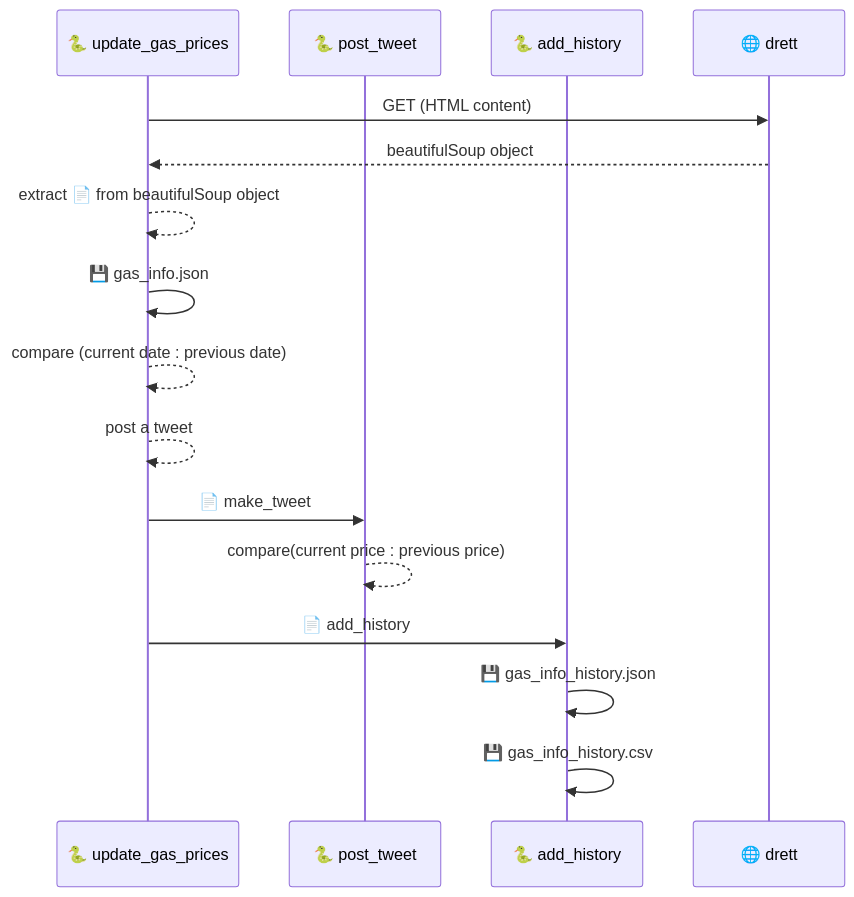
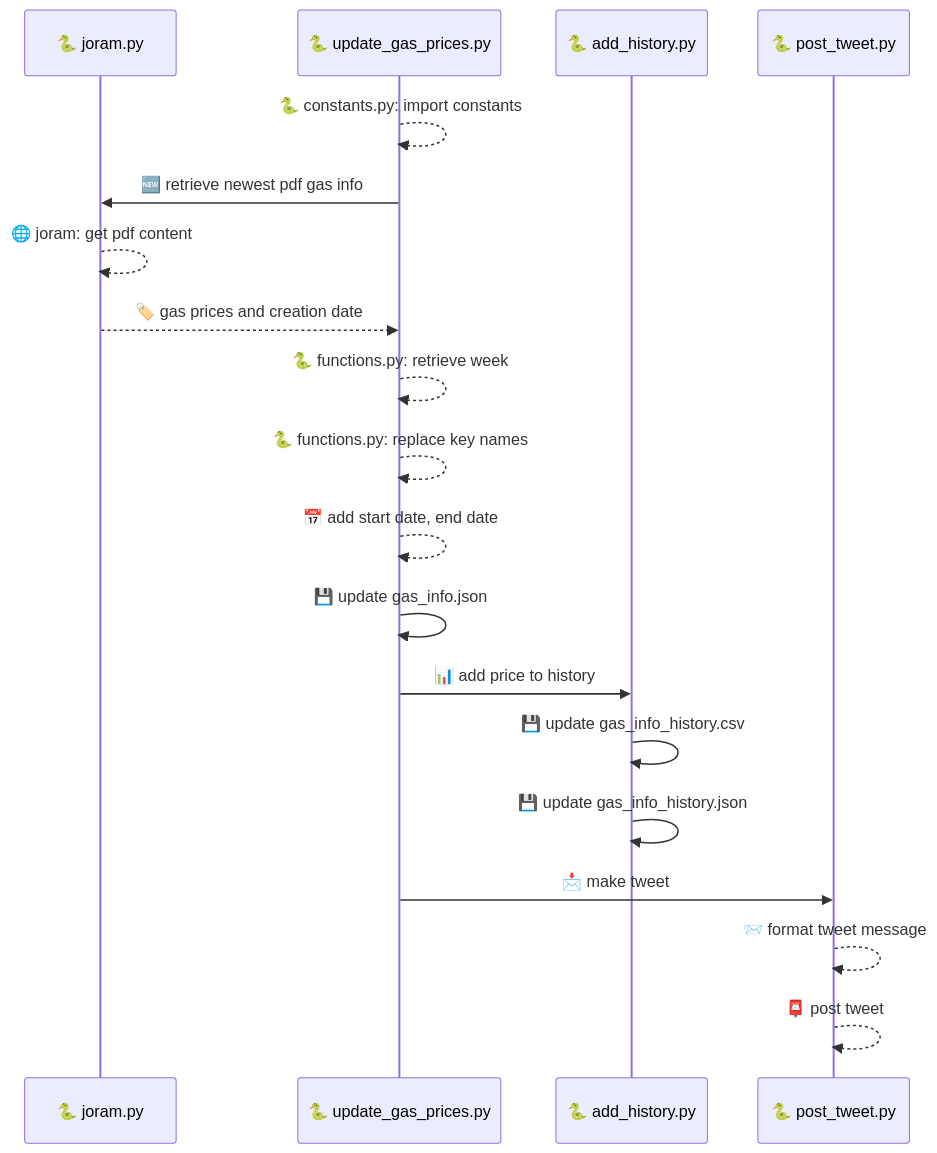
The diagram in README.md (carlosrsabreu/devo-abastecer), drawn with Mermaid before and after one commit. The commit also changed other lines of this file, not shown here.

````diff
--- a/README.md
+++ b/README.md
@@ -13,20 +13,24 @@
 ```mermaid
 sequenceDiagram
-    participant 🐍 update_gas_prices
-    participant 🐍 post_tweet
-    participant 🐍 add_history
-    participant 🌐 drett
 
-    🐍 update_gas_prices ->> 🌐 drett:GET (HTML content)
-    🌐 drett -->> 🐍 update_gas_prices: beautifulSoup object
-    🐍 update_gas_prices -->> 🐍 update_gas_prices: extract 📄 from beautifulSoup object
-    🐍 update_gas_prices ->> 🐍 update_gas_prices: 💾 gas_info.json
-    🐍 update_gas_prices -->> 🐍 update_gas_prices: compare (current date : previous date)
-    🐍 update_gas_prices -->> 🐍 update_gas_prices: post a tweet
-    🐍 update_gas_prices ->> 🐍 post_tweet: 📄 make_tweet
-    🐍 post_tweet -->> 🐍 post_tweet: compare(current price : previous price)
-    🐍 update_gas_prices ->> 🐍 add_history: 📄 add_history
-    🐍 add_history ->> 🐍 add_history: 💾 gas_info_history.json
-    🐍 add_history ->> 🐍 add_history: 💾 gas_info_history.csv
+    participant 🐍 joram.py
+    participant 🐍 update_gas_prices.py
+    participant 🐍 add_history.py
+    participant 🐍 post_tweet.py
+
+    🐍 update_gas_prices.py -->> 🐍 update_gas_prices.py: 🐍 constants.py: import constants
+    🐍 update_gas_prices.py ->> 🐍 joram.py: 🆕 retrieve newest pdf gas info
+    🐍 joram.py -->> 🐍 joram.py: 🌐 joram: get pdf content
+    🐍 joram.py -->> 🐍 update_gas_prices.py: 🏷️ gas prices and creation date
+    🐍 update_gas_prices.py -->> 🐍 update_gas_prices.py: 🐍 functions.py: retrieve week
+    🐍 update_gas_prices.py -->> 🐍 update_gas_prices.py: 🐍 functions.py: replace key names
+    🐍 update_gas_prices.py -->> 🐍 update_gas_prices.py: 📅 add start date, end date
+    🐍 update_gas_prices.py ->> 🐍 update_gas_prices.py: 💾 update gas_info.json
+    🐍 update_gas_prices.py ->> 🐍 add_history.py: 📊 add price to history
+    🐍 add_history.py ->> 🐍 add_history.py: 💾 update gas_info_history.csv
+    🐍 add_history.py ->> 🐍 add_history.py: 💾 update gas_info_history.json
+    🐍 update_gas_prices.py ->> 🐍 post_tweet.py: 📩 make tweet
+    🐍 post_tweet.py -->> 🐍 post_tweet.py: 📨 format tweet message
+    🐍 post_tweet.py -->> 🐍 post_tweet.py: 📮 post tweet
 
 ```
````
